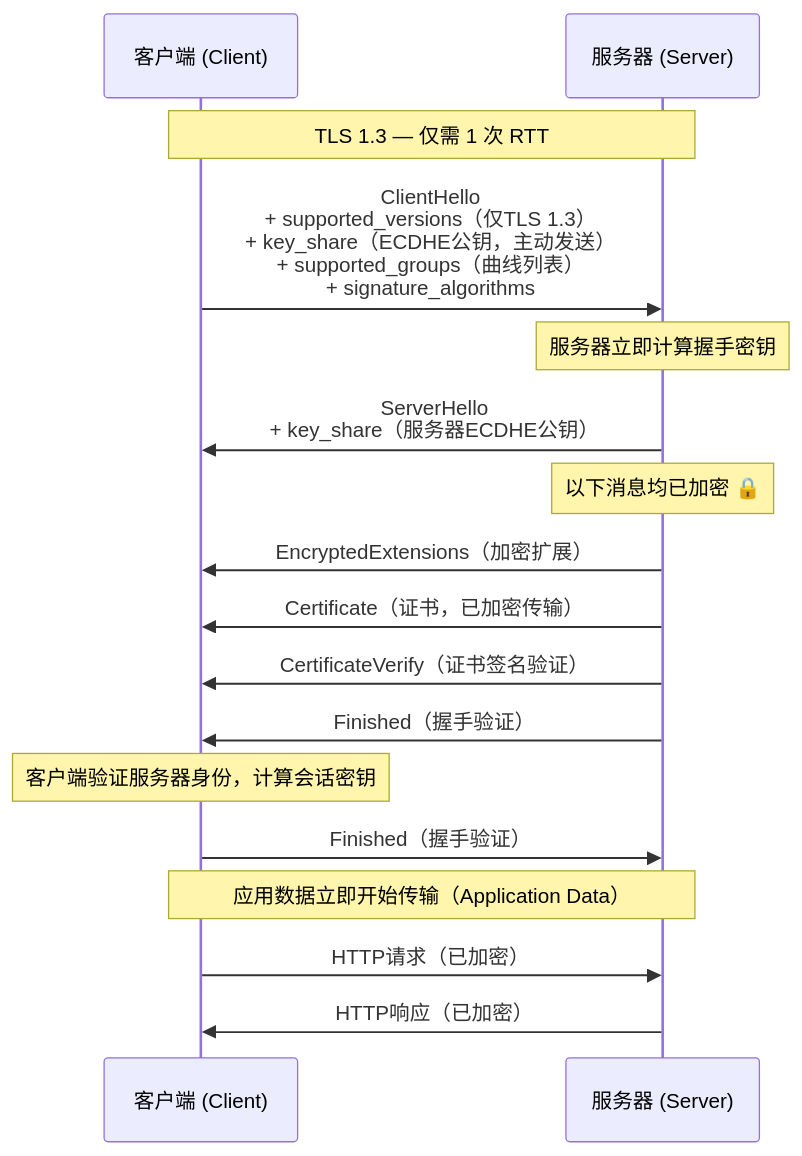
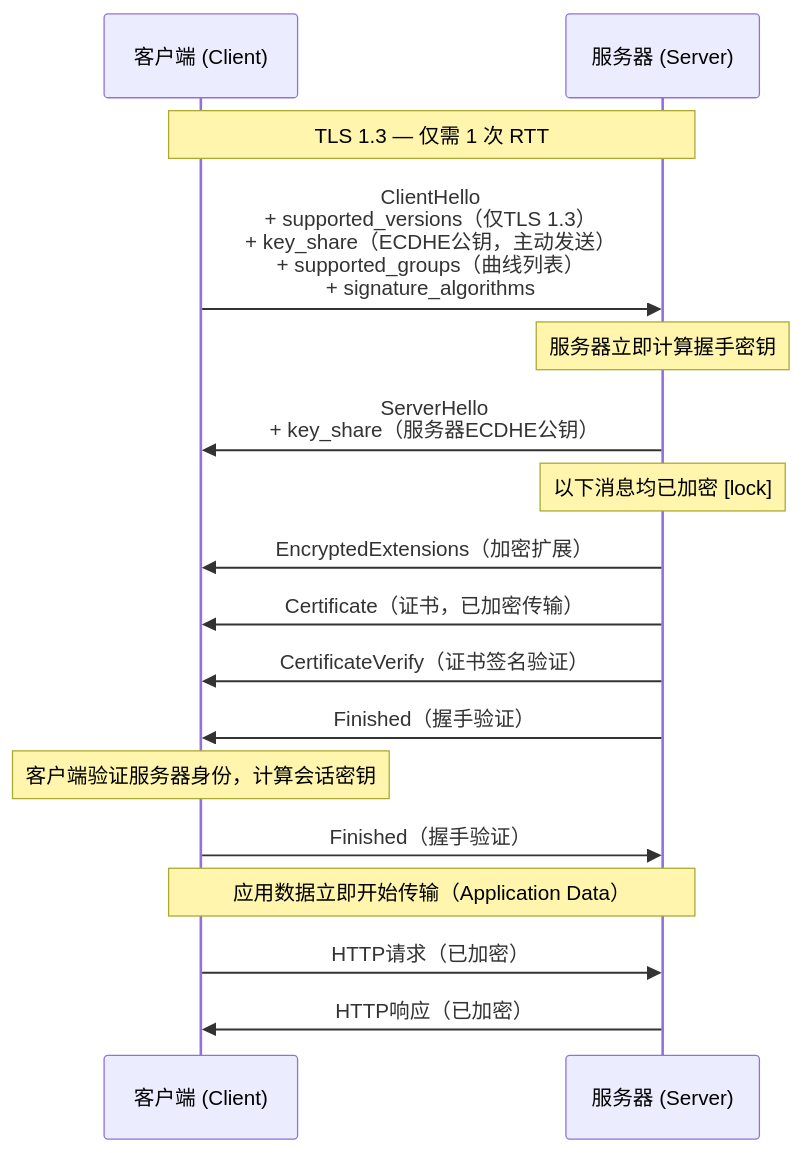
Before and after one commit to SKT-Shurima/NetworkMastery: the second of 6 diagrams in docs/guide/basics/tls.md, drawn with Mermaid. The commit also changed other lines of this file and 26 other files, not shown here.

````diff
--- a/docs/guide/basics/tls.md
+++ b/docs/guide/basics/tls.md
@@ -123,24 +123,24 @@
 ```mermaid
 sequenceDiagram
     participant C as 客户端 (Client)
     participant S as 服务器 (Server)
 
     Note over C,S: TLS 1.3 — 仅需 1 次 RTT
     C->>S: ClientHello<br/>+ supported_versions（仅TLS 1.3）<br/>+ key_share（ECDHE公钥，主动发送）<br/>+ supported_groups（曲线列表）<br/>+ signature_algorithms
 
     Note over S: 服务器立即计算握手密钥
     S->>C: ServerHello<br/>+ key_share（服务器ECDHE公钥）
 
-    Note over S: 以下消息均已加密 🔒
+    Note over S: 以下消息均已加密 [lock]
     S->>C: EncryptedExtensions（加密扩展）
     S->>C: Certificate（证书，已加密传输）
     S->>C: CertificateVerify（证书签名验证）
     S->>C: Finished（握手验证）
 
     Note over C: 客户端验证服务器身份，计算会话密钥
     C->>S: Finished（握手验证）
 
     Note over C,S: 应用数据立即开始传输（Application Data）
     C->>S: HTTP请求（已加密）
     S->>C: HTTP响应（已加密）
 ```
````
